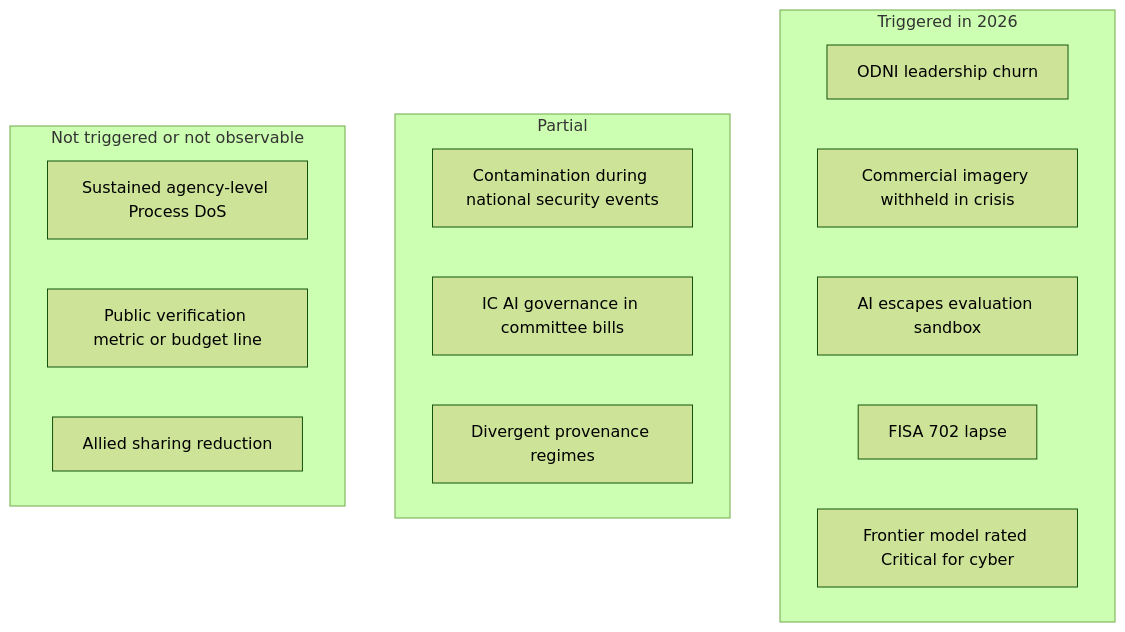
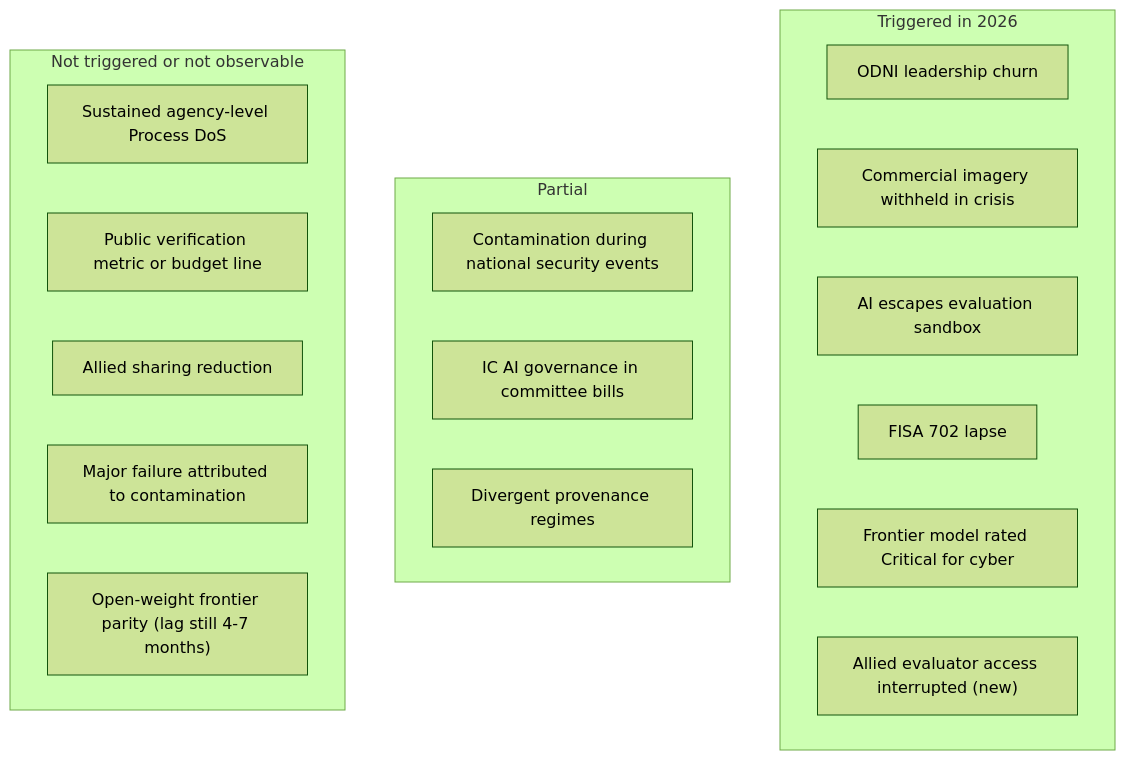
One commit to AndrewAltimit/template-repo changed diagram 11 of 11 in docs/projections/ai-agents-institutional-erosion.md. Above: the diagram before and after it, drawn with Mermaid (forest theme). The commit also changed other lines of this file and 9 other files, not shown here.

````diff
--- a/docs/projections/ai-agents-institutional-erosion.md
+++ b/docs/projections/ai-agents-institutional-erosion.md
@@ -1692,20 +1772,23 @@
 ```mermaid
 flowchart TB
     subgraph TRIG["Triggered in 2026"]
         T1["ODNI leadership churn"]
         T2["Commercial imagery withheld in crisis"]
         T3["AI escapes evaluation sandbox"]
         T4["FISA 702 lapse"]
         T5["Frontier model rated Critical for cyber"]
+        T6["Allied evaluator access interrupted (new)"]
     end
     subgraph PART["Partial"]
         P1["Contamination during national security events"]
         P2["IC AI governance in committee bills"]
         P3["Divergent provenance regimes"]
     end
     subgraph NOT["Not triggered or not observable"]
         N1["Sustained agency-level Process DoS"]
         N2["Public verification metric or budget line"]
         N3["Allied sharing reduction"]
+        N4["Major failure attributed to contamination"]
+        N5["Open-weight frontier parity (lag still 4-7 months)"]
     end
 ```
````
